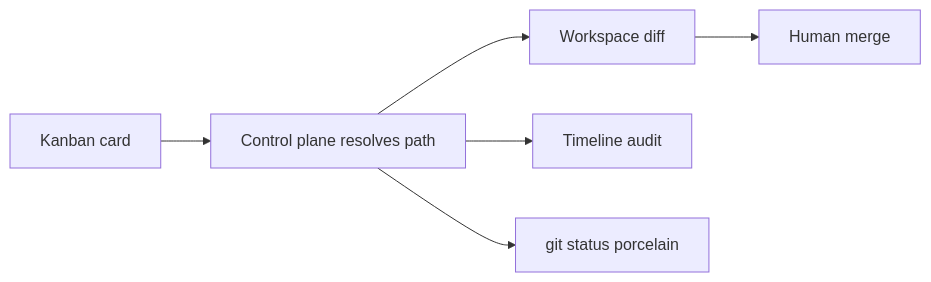
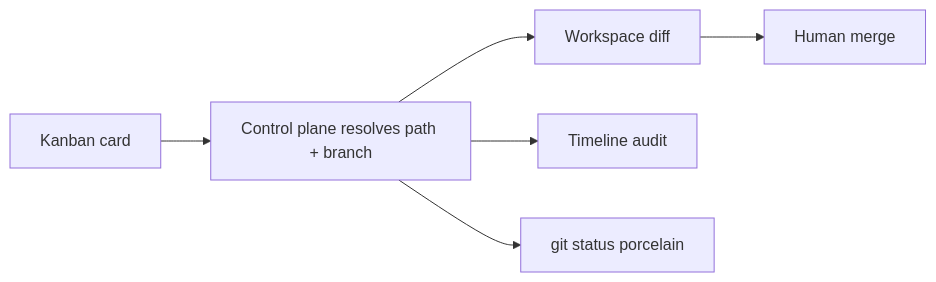
Before and after one commit to CardSorting/JoyZoning: the first of 2 diagrams in README.md, drawn with Mermaid. The commit also changed other lines of this file and 34 other files, not shown here.

````diff
--- a/README.md
+++ b/README.md
@@ -38,8 +53,8 @@
 ```mermaid
 flowchart LR
-  Card[Kanban card] --> CP[Control plane resolves path]
+  Card[Kanban card] --> CP[Control plane resolves path + branch]
   CP --> WS[Workspace diff]
   CP --> TL[Timeline audit]
   CP --> Git[git status porcelain]
   WS --> You[Human merge]
 ```
````
